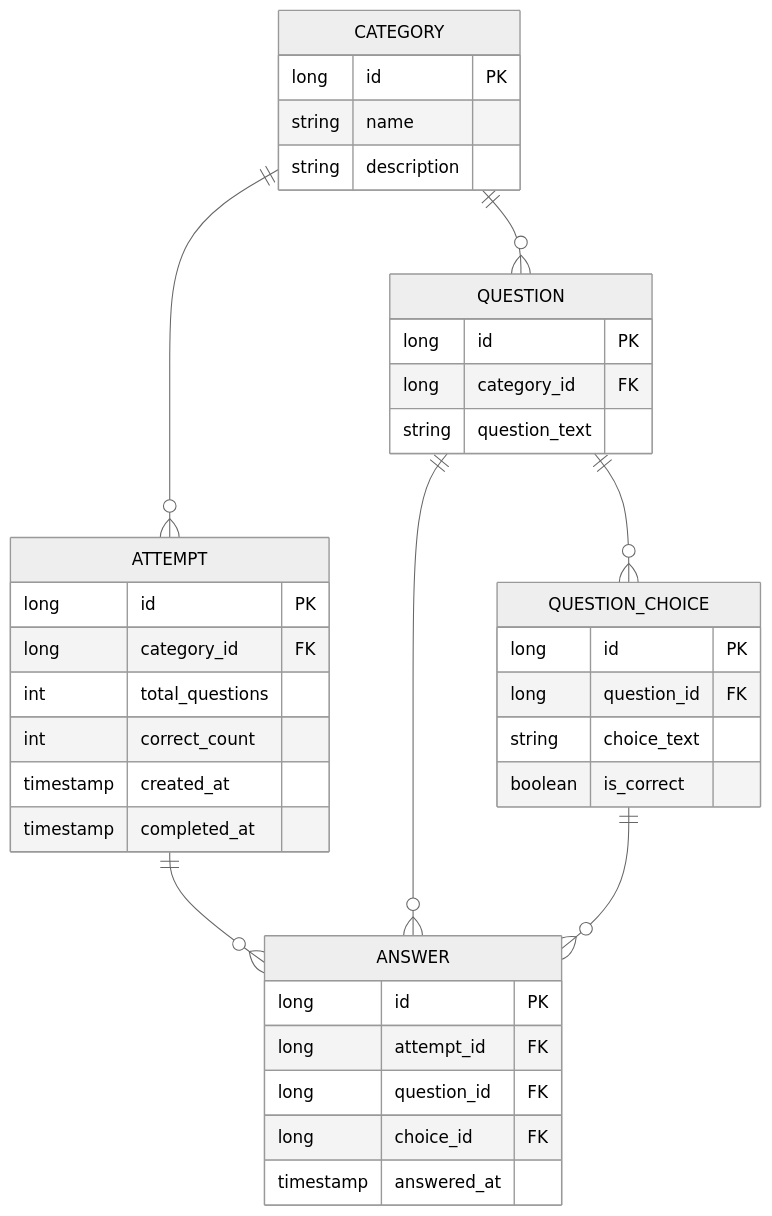
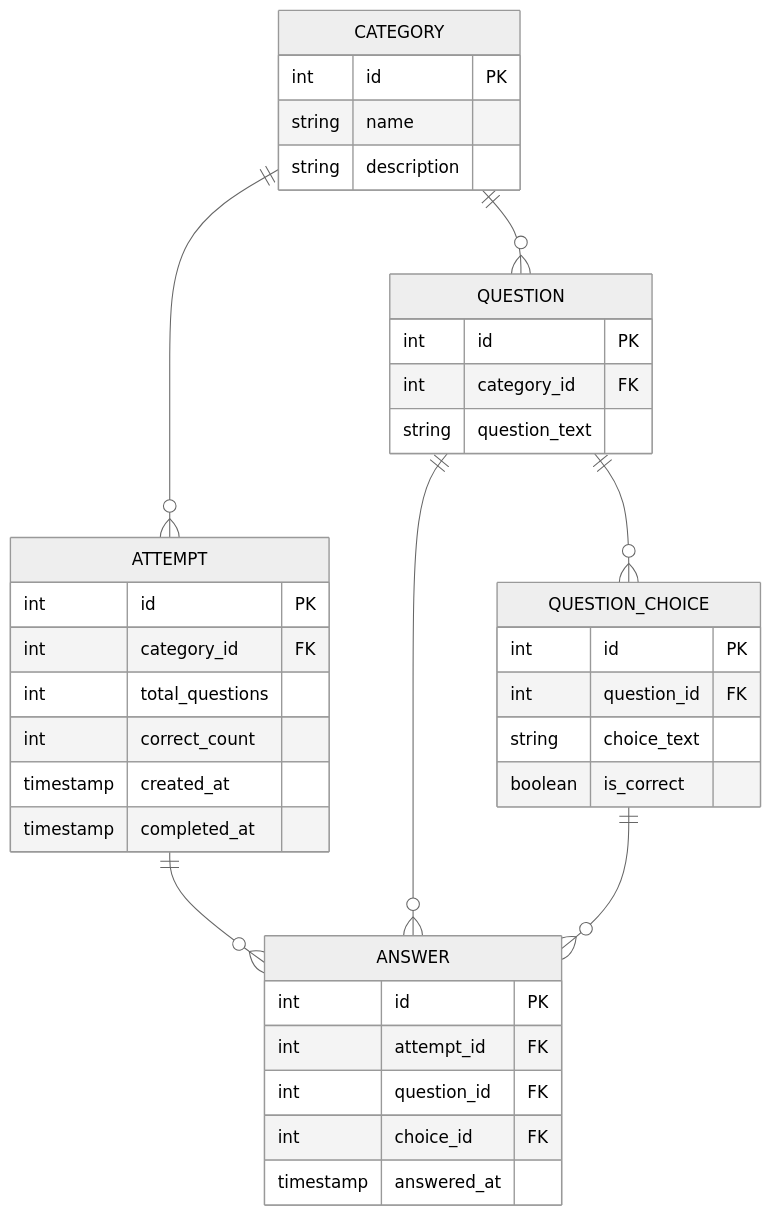
Before and after one commit to gngnta/ddd_sample: the diagram in docs/quiz-specification.md, drawn with Mermaid (neutral theme). The commit also changed 12 other files, not shown here.

````diff
--- a/docs/quiz-specification.md
+++ b/docs/quiz-specification.md
@@ -82,45 +82,45 @@
 ```mermaid
 erDiagram
     CATEGORY ||--o{ QUESTION : ""
     CATEGORY ||--o{ ATTEMPT : ""
     ATTEMPT ||--o{ ANSWER : ""
     QUESTION ||--o{ QUESTION_CHOICE : ""
     QUESTION ||--o{ ANSWER : ""
     QUESTION_CHOICE ||--o{ ANSWER : ""
 
     CATEGORY {
-        long id PK
+        int id PK
         string name
         string description
     }
 
     QUESTION {
-        long id PK
-        long category_id FK
+        int id PK
+        int category_id FK
         string question_text
     }
 
     QUESTION_CHOICE {
-        long id PK
-        long question_id FK
+        int id PK
+        int question_id FK
         string choice_text
         boolean is_correct
     }
 
     ATTEMPT {
-        long id PK
-        long category_id FK
+        int id PK
+        int category_id FK
         int total_questions
         int correct_count
         timestamp created_at
         timestamp completed_at
     }
 
     ANSWER {
-        long id PK
-        long attempt_id FK
-        long question_id FK
-        long choice_id FK
+        int id PK
+        int attempt_id FK
+        int question_id FK
+        int choice_id FK
         timestamp answered_at
     }
 ```
````
